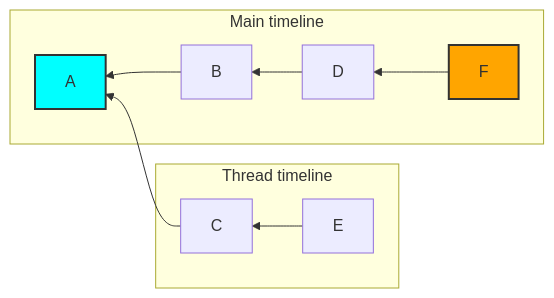
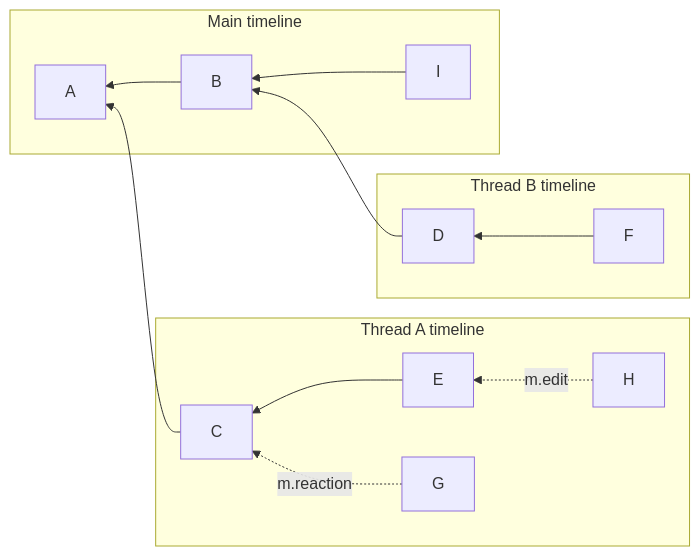
The second of 2 diagrams in proposals/3771-read-receipts-for-threads.md (matrix-org/matrix-spec-proposals), drawn with Mermaid before and after one commit. The commit also changed other lines of this file, not shown here.

Commit message:
Clarify the proposal to explain why both threaded and unthreaded receipts need to exist and what the main timeline is.

````diff
--- a/proposals/3771-read-receipts-for-threads.md
+++ b/proposals/3771-read-receipts-for-threads.md
@@ -30,15 +46,17 @@
 ```mermaid
 flowchart RL
-    subgraph Main timeline
+    subgraph "Main" timeline
+    B-->A
+    I-->B
+    end
+    subgraph Thread A timeline
+    C-->A
+    E-->C
+    G-.->|m.reaction|C
+    H-.->|m.edit|E
+    end
+    subgraph Thread B timeline
     D-->B
-    B-->A
     F-->D
     end
-    subgraph Thread timeline
-    C-->A
-    E-->C
-    end
-
-    style A fill:cyan,stroke:#333,stroke-width:2px
-    style F fill:orange,stroke:#333,stroke-width:2px
 ```
````
